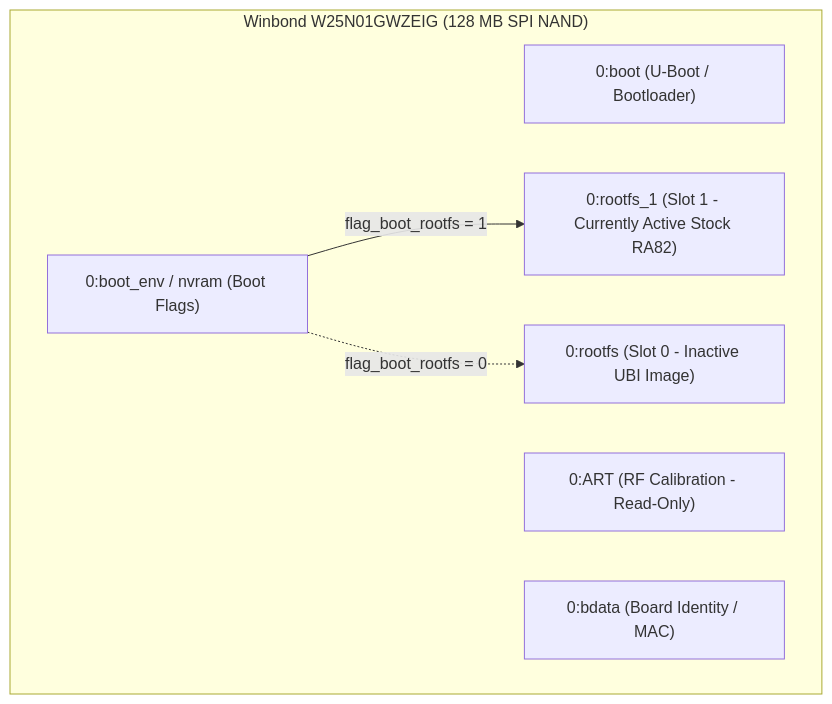
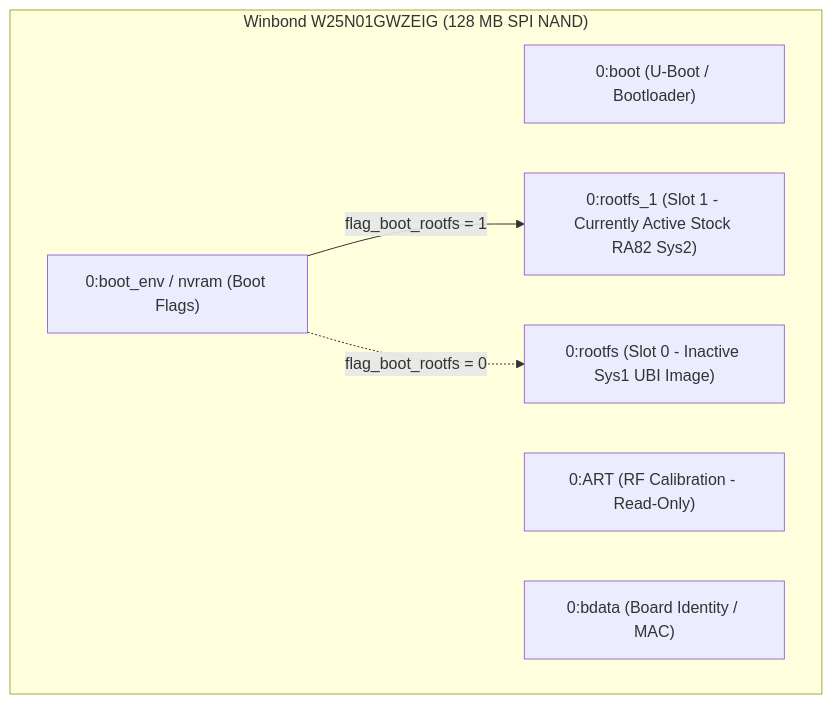
Before and after one commit to KiritoMainBro88/CR8808-CUSTOM-FIRMWARE: the first of 2 diagrams in docs/RECOVERY_AND_ROLLBACK_DESIGN.md, drawn with Mermaid. The commit also changed other lines of this file and 11 other files, not shown here.

````diff
--- a/docs/RECOVERY_AND_ROLLBACK_DESIGN.md
+++ b/docs/RECOVERY_AND_ROLLBACK_DESIGN.md
@@ -26,14 +30,14 @@
 ```mermaid
 graph TD
     subgraph "Winbond W25N01GWZEIG (128 MB SPI NAND)"
         BOOT["0:boot (U-Boot / Bootloader)"]
         ENV["0:boot_env / nvram (Boot Flags)"]
         ART["0:ART (RF Calibration - Read-Only)"]
         BDATA["0:bdata (Board Identity / MAC)"]
-        SLOT0["0:rootfs (Slot 0 - Inactive UBI Image)"]
-        SLOT1["0:rootfs_1 (Slot 1 - Currently Active Stock RA82)"]
+        SLOT0["0:rootfs (Slot 0 - Inactive Sys1 UBI Image)"]
+        SLOT1["0:rootfs_1 (Slot 1 - Currently Active Stock RA82 Sys2)"]
     end
 
     ENV -- "flag_boot_rootfs = 1" --> SLOT1
     ENV -. "flag_boot_rootfs = 0" .-> SLOT0
 ```
````
